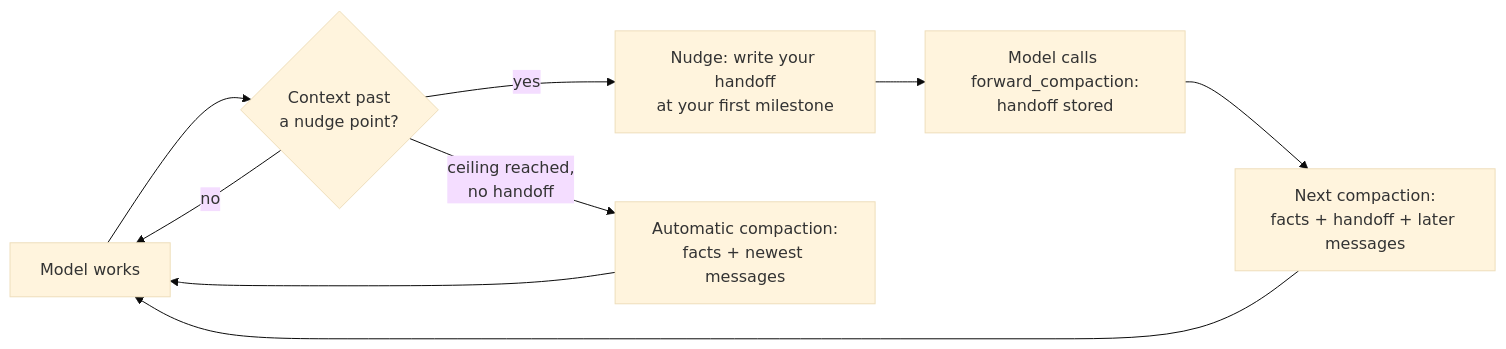
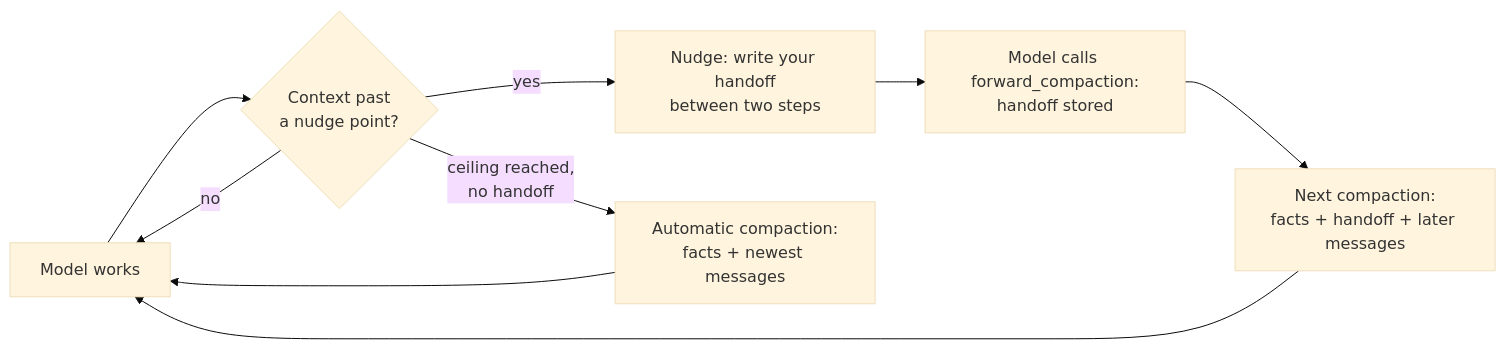
One commit to rezzminator/forward-compaction changed the diagram in README.md. Above: the diagram before and after it, drawn with Mermaid (base theme). The commit also changed other lines of this file and 3 other files, not shown here.

````diff
--- a/README.md
+++ b/README.md
@@ -113,11 +113,11 @@
 ```mermaid
 flowchart LR
     A[Model works] --> B{Context past<br/>a nudge point?}
     B -- no --> A
-    B -- yes --> C[Nudge: write your handoff<br/>at your first milestone]
+    B -- yes --> C[Nudge: write your handoff<br/>between two steps]
     C --> D[Model calls forward_compaction:<br/>handoff stored]
     D --> E[Next compaction:<br/>facts + handoff + later messages]
     E --> A
     B -- ceiling reached,<br/>no handoff --> F[Automatic compaction:<br/>facts + newest messages]
     F --> A
 ```
````
